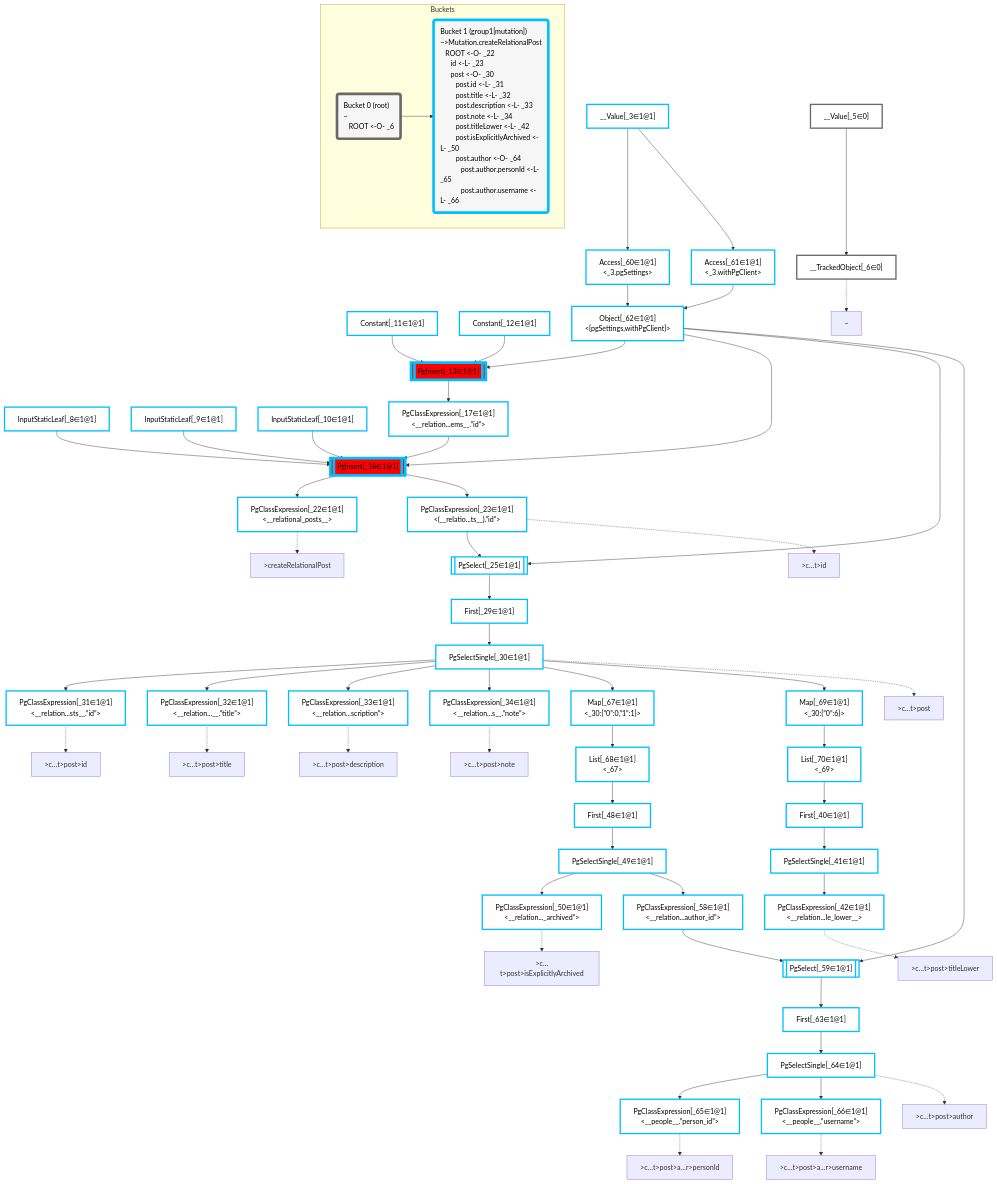
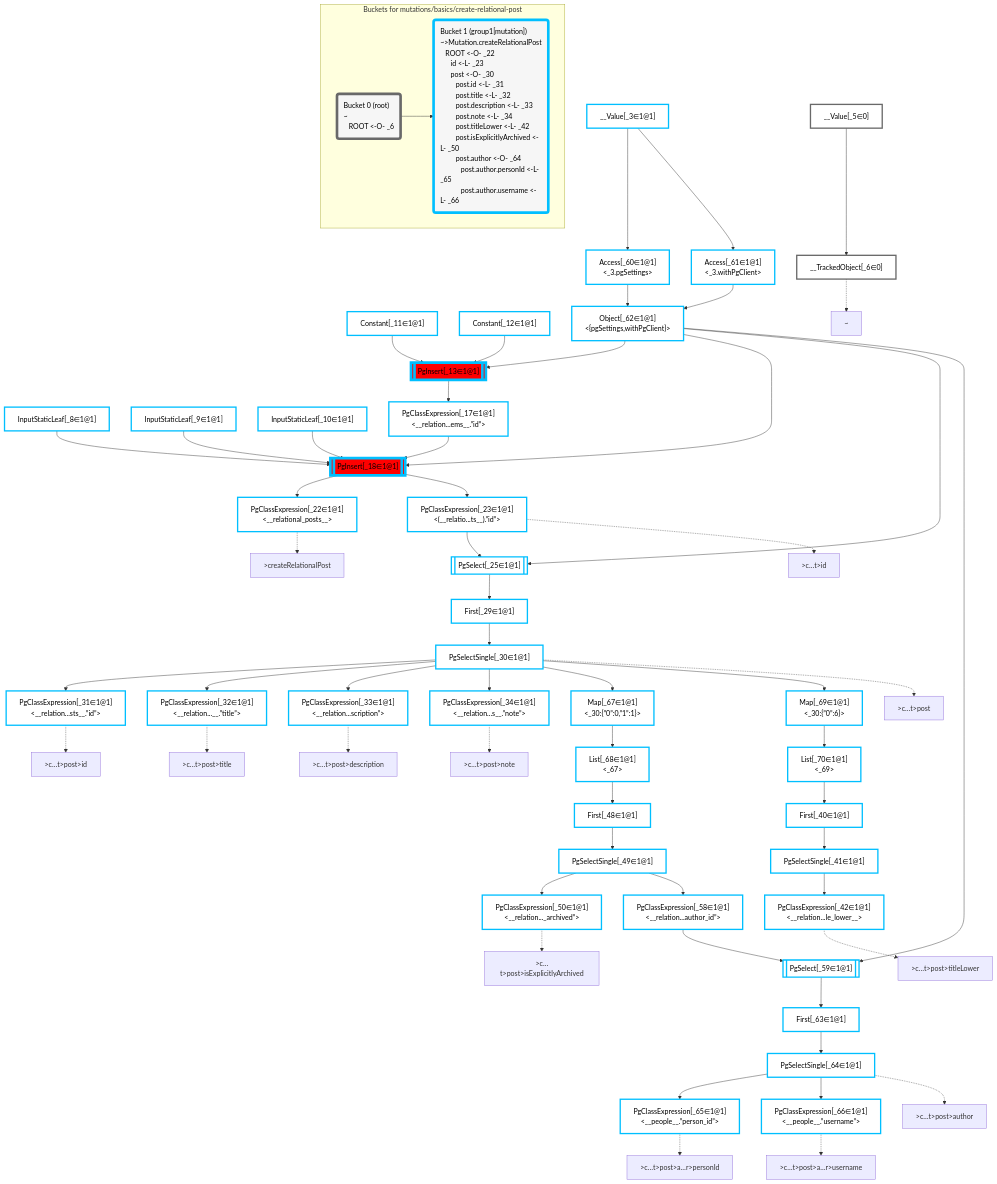
The diagram in packages/dataplan-pg/__tests__/mutations/basics/create-relational-post.deopt.mermaid.md (graphile/crystal), drawn with Mermaid before and after one commit. The commit also changed 195 other files, not shown here.

```diff
--- a/packages/dataplan-pg/__tests__/mutations/basics/create-relational-post.deopt.mermaid.md
+++ b/packages/dataplan-pg/__tests__/mutations/basics/create-relational-post.deopt.mermaid.md
@@ -125,7 +125,7 @@
     classDef bucket1 stroke:#00bfff
     class __Value_3,InputStaticLeaf_8,InputStaticLeaf_9,InputStaticLeaf_10,Constant_11,Constant_12,PgInsert_13,PgClassExpression_17,PgInsert_18,PgClassExpression_22,PgClassExpression_23,PgSelect_25,First_29,PgSelectSingle_30,PgClassExpression_31,PgClassExpression_32,PgClassExpression_33,PgClassExpression_34,First_40,PgSelectSingle_41,PgClassExpression_42,First_48,PgSelectSingle_49,PgClassExpression_50,PgClassExpression_58,PgSelect_59,Access_60,Access_61,Object_62,First_63,PgSelectSingle_64,PgClassExpression_65,PgClassExpression_66,Map_67,List_68,Map_69,List_70 bucket1
 
-    subgraph Buckets
+    subgraph "Buckets for mutations/basics/create-relational-post"
     Bucket0("Bucket 0 (root)<br />~<br />⠀ROOT <-O- _6"):::bucket
     style Bucket0 stroke:#696969
     Bucket1("Bucket 1 (group1[mutation])<br />~>Mutation.createRelationalPost<br />⠀ROOT <-O- _22<br />⠀⠀id <-L- _23<br />⠀⠀post <-O- _30<br />⠀⠀⠀post.id <-L- _31<br />⠀⠀⠀post.title <-L- _32<br />⠀⠀⠀post.description <-L- _33<br />⠀⠀⠀post.note <-L- _34<br />⠀⠀⠀post.titleLower <-L- _42<br />⠀⠀⠀post.isExplicitlyArchived <-L- _50<br />⠀⠀⠀post.author <-O- _64<br />⠀⠀⠀⠀post.author.personId <-L- _65<br />⠀⠀⠀⠀post.author.username <-L- _66"):::bucket
```
